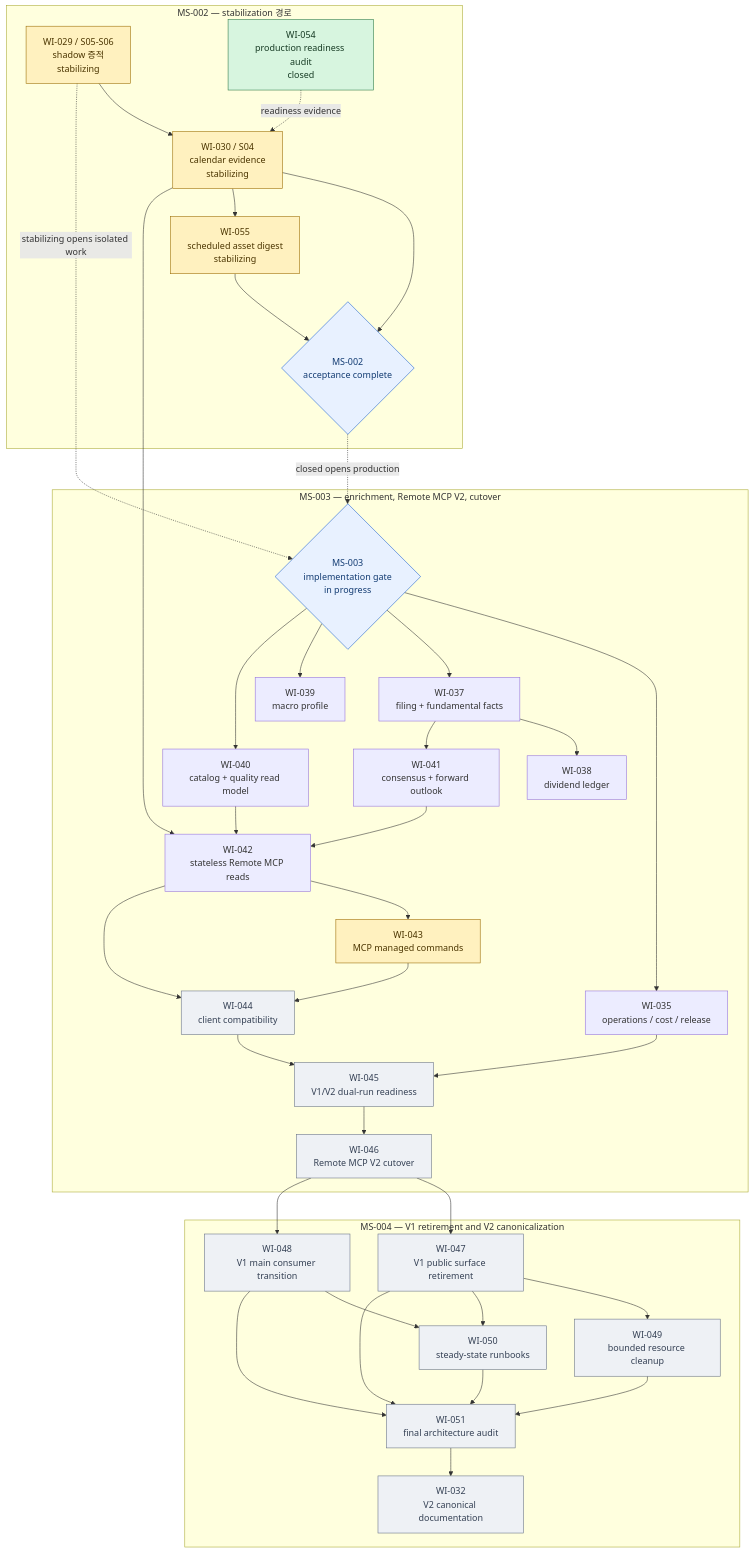
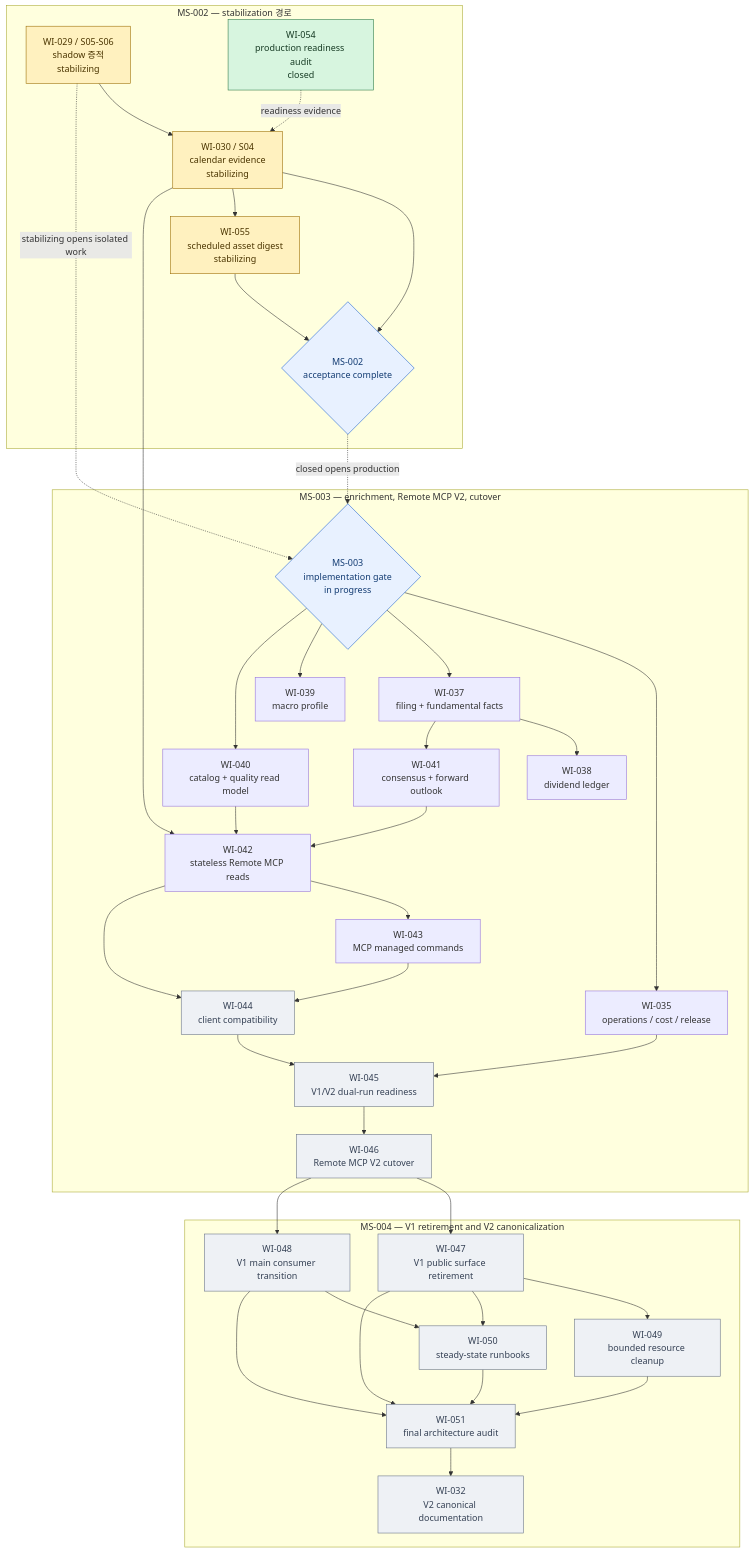
The third of 3 diagrams in docs/milestones/README.md (meringue5/KIS_Portfolio_MCP), drawn with Mermaid before and after one commit. The commit also changed other lines of this file and 4 other files, not shown here.

````diff
--- a/docs/milestones/README.md
+++ b/docs/milestones/README.md
@@ -144,81 +144,80 @@
 ```mermaid
 flowchart TB
     subgraph M2["MS-002 — stabilization 경로"]
         W29["WI-029 / S05-S06<br/>shadow 증적<br/>stabilizing"]
         W30["WI-030 / S04<br/>calendar evidence<br/>stabilizing"]
         W54["WI-054<br/>production readiness audit<br/>closed"]
         W55["WI-055<br/>scheduled asset digest<br/>stabilizing"]
         M2DONE{"MS-002<br/>acceptance complete"}
         W29 --> W30 --> M2DONE
         W30 --> W55 --> M2DONE
         W54 -. readiness evidence .-> W30
     end
 
     subgraph M3["MS-003 — enrichment, Remote MCP V2, cutover"]
         M3OPEN{"MS-003<br/>implementation gate<br/>in progress"}
         W35["WI-035<br/>operations / cost / release"]
         W37["WI-037<br/>filing + fundamental facts"]
         W38["WI-038<br/>dividend ledger"]
         W39["WI-039<br/>macro profile"]
         W40["WI-040<br/>catalog + quality read model"]
         W41["WI-041<br/>consensus + forward outlook"]
         W42["WI-042<br/>stateless Remote MCP reads"]
         W43["WI-043<br/>MCP managed commands"]
         W44["WI-044<br/>client compatibility"]
         W45["WI-045<br/>V1/V2 dual-run readiness"]
         W46["WI-046<br/>Remote MCP V2 cutover"]
 
         M3OPEN --> W35
         M3OPEN --> W37
         M3OPEN --> W39
         M3OPEN --> W40
         W37 --> W38
         W37 --> W41
         W30 --> W42
         W40 --> W42
         W41 --> W42
         W42 --> W43
         W42 --> W44
         W43 --> W44
         W35 --> W45
         W44 --> W45 --> W46
     end
 
     subgraph M4["MS-004 — V1 retirement and V2 canonicalization"]
         W47["WI-047<br/>V1 public surface retirement"]
         W48["WI-048<br/>V1 main consumer transition"]
         W49["WI-049<br/>bounded resource cleanup"]
         W50["WI-050<br/>steady-state runbooks"]
         W51["WI-051<br/>final architecture audit"]
         W32["WI-032<br/>V2 canonical documentation"]
 
         W46 --> W47
         W46 --> W48
         W47 --> W49
         W47 --> W50
         W48 --> W50
         W47 --> W51
         W48 --> W51
         W49 --> W51
         W50 --> W51
         W51 --> W32
     end
 
     W29 -. stabilizing opens isolated work .-> M3OPEN
     M2DONE -. closed opens production .-> M3OPEN
 
     classDef active fill:#fff1bf,stroke:#9a6b00,color:#4b3500;
     classDef closed fill:#d7f5df,stroke:#2d7a46,color:#173b24;
     classDef ready fill:#e8f1ff,stroke:#175cd3,color:#123b72;
     classDef blocked fill:#fde2e2,stroke:#b42318,color:#5b1712;
     classDef proposed fill:#eef1f5,stroke:#667085,color:#344054;
     classDef gate fill:#e8f1ff,stroke:#175cd3,color:#123b72;
     class W29,W30 active;
     class W54 closed;
     class W55 active;
     class W35,W40 verified;
-    class W43 active;
-    class W37,W38,W39,W41,W42 verified;
+    class W37,W38,W39,W41,W42,W43 verified;
     class W44,W45,W46,W47,W48,W49,W50,W51,W32 proposed;
     class M2DONE,M3OPEN gate;
 ```
````
